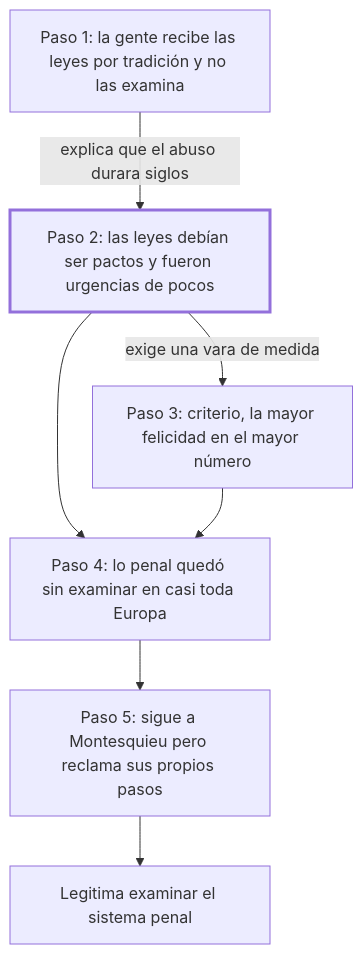
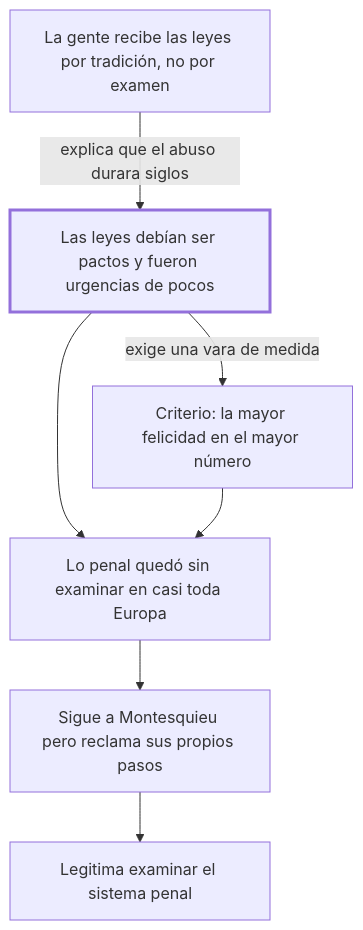
The diagram in libros/beccaria-delitos-y-penas/estudio/02-introduccion.md (SebastianMora98/derecho), drawn with Mermaid before and after one commit. The commit also changed other lines of this file and 17 other files, not shown here.

````diff
--- a/libros/beccaria-delitos-y-penas/estudio/02-introduccion.md
+++ b/libros/beccaria-delitos-y-penas/estudio/02-introduccion.md
@@ -33,16 +21,16 @@
 ```mermaid
 flowchart TD
-    P1["Paso 1: la gente recibe las leyes por tradición y no las examina"]
-    P2["Paso 2: las leyes debían ser pactos y fueron urgencias de pocos"]:::critico
-    P3["Paso 3: criterio, la mayor felicidad en el mayor número"]
-    P4["Paso 4: lo penal quedó sin examinar en casi toda Europa"]
-    P5["Paso 5: sigue a Montesquieu pero reclama sus propios pasos"]
-    C["Legitima examinar el sistema penal"]
-    P1 -->|"explica que el abuso durara siglos"| P2
-    P2 -->|"exige una vara de medida"| P3
-    P2 --> P4
-    P3 --> P4
-    P4 --> P5
-    P5 --> C
+    H["La gente recibe las leyes por tradición, no por examen"]
+    O["Las leyes debían ser pactos y fueron urgencias de pocos"]:::critico
+    C["Criterio: la mayor felicidad en el mayor número"]
+    P["Lo penal quedó sin examinar en casi toda Europa"]
+    M["Sigue a Montesquieu pero reclama sus propios pasos"]
+    L["Legitima examinar el sistema penal"]
+    H -->|"explica que el abuso durara siglos"| O
+    O -->|"exige una vara de medida"| C
+    O --> P
+    C --> P
+    P --> M
+    M --> L
     classDef critico stroke-width:3px
 ```
````
